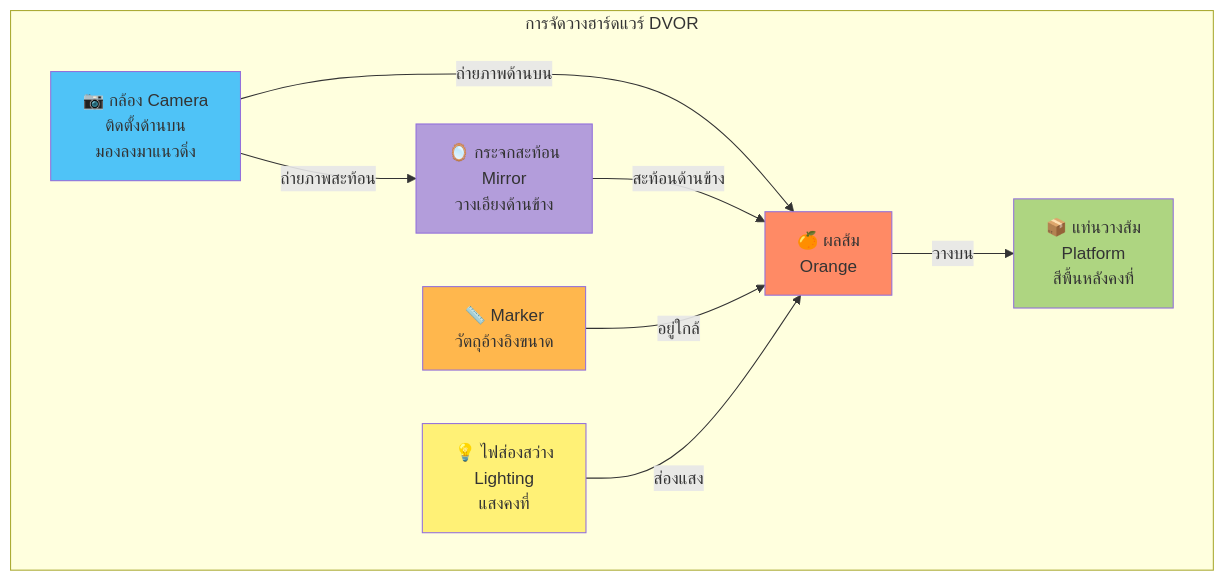
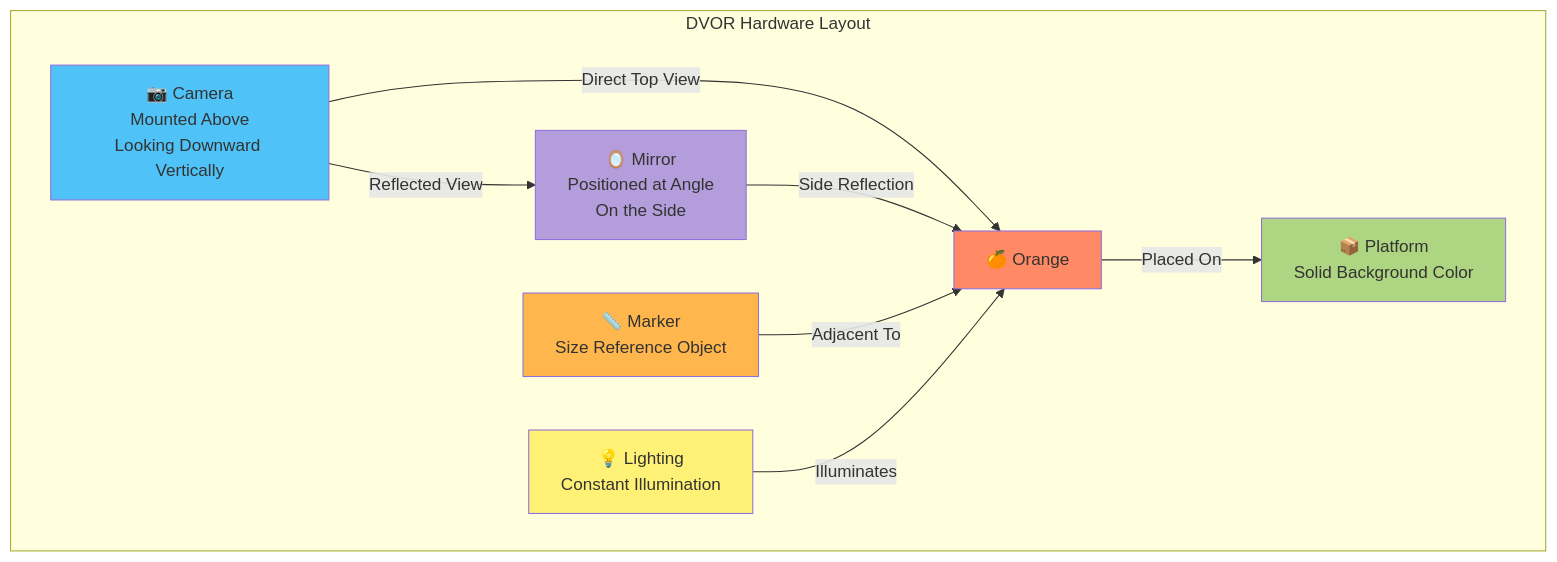
One commit to MyFirstKiss/test-project changed the diagram in DVOR_PhysicalSetup.md. Above: the diagram before and after it, drawn with Mermaid. The commit also changed other lines of this file and 3 other files, not shown here.

Commit message:
Convert all diagrams to English and fix remaining 45 reference

````diff
--- a/DVOR_PhysicalSetup.md
+++ b/DVOR_PhysicalSetup.md
@@ -3,25 +3,25 @@
 ```mermaid
 graph TB
-    subgraph "การจัดวางฮาร์ดแวร์ DVOR"
-        Camera[📷 กล้อง Camera<br/>ติดตั้งด้านบน<br/>มองลงมาแนวดิ่ง]
-        Mirror[🪞 กระจกสะท้อน<br/>Mirror<br/>วางเอียงด้านข้าง]
-        Platform[📦 แท่นวางส้ม<br/>Platform<br/>สีพื้นหลังคงที่]
-        Marker[📏 Marker<br/>วัตถุอ้างอิงขนาด]
-        Light[💡 ไฟส่องสว่าง<br/>Lighting<br/>แสงคงที่]
-        Orange[🍊 ผลส้ม<br/>Orange]
+    subgraph "DVOR Hardware Layout"
+        Camera[📷 Camera<br/>Mounted Above<br/>Looking Downward Vertically]
+        Mirror[🪞 Mirror<br/>Positioned at Angle<br/>On the Side]
+        Platform[📦 Platform<br/>Solid Background Color]
+        Marker[📏 Marker<br/>Size Reference Object]
+        Light[💡 Lighting<br/>Constant Illumination]
+        Orange[🍊 Orange]
         
-        Camera -->|ถ่ายภาพด้านบน| Orange
-        Camera -->|ถ่ายภาพสะท้อน| Mirror
-        Mirror -->|สะท้อนด้านข้าง| Orange
-        Orange -->|วางบน| Platform
-        Marker -->|อยู่ใกล้| Orange
-        Light -->|ส่องแสง| Orange
+        Camera -->|Direct Top View| Orange
+        Camera -->|Reflected View| Mirror
+        Mirror -->|Side Reflection| Orange
+        Orange -->|Placed On| Platform
+        Marker -->|Adjacent To| Orange
+        Light -->|Illuminates| Orange
     end
     
     style Camera fill:#4fc3f7
     style Mirror fill:#b39ddb
     style Platform fill:#aed581
     style Marker fill:#ffb74d
     style Orange fill:#ff8a65
     style Light fill:#fff176
 ```
````
